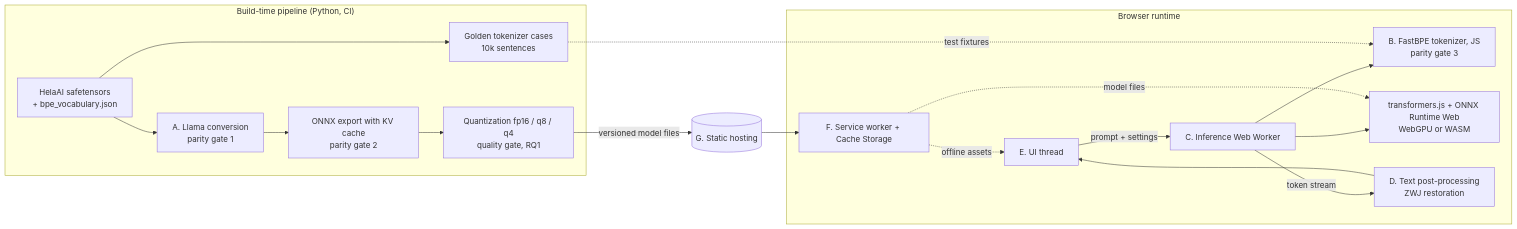
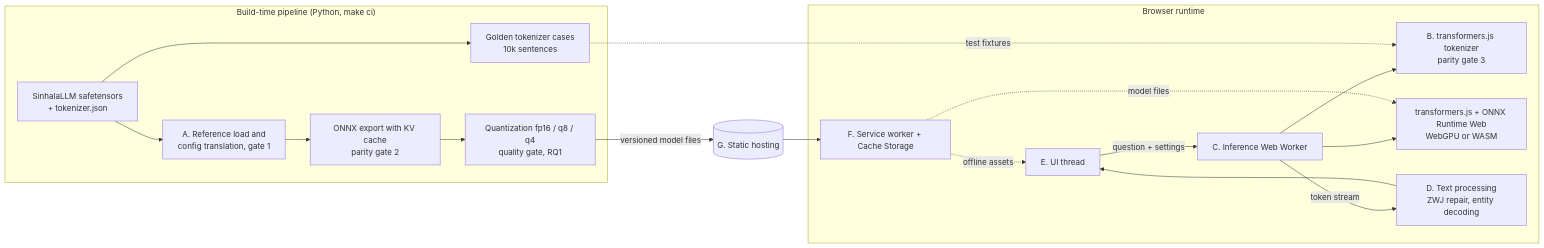
Before and after one commit to sinsankio/sinhalalm-offline: the first of 6 diagrams in docs/sinhalalm-browser-proposal.md, drawn with Mermaid. The commit also changed other lines of this file, not shown here.

First line of the commit message:
docs: Revise proposal for SinhalaLLM-1.7B

````diff
--- a/docs/sinhalalm-browser-proposal.md
+++ b/docs/sinhalalm-browser-proposal.md
@@ -118,21 +118,21 @@
 ```mermaid
 flowchart LR
-  subgraph Build["Build-time pipeline (Python, CI)"]
-    A["HelaAI safetensors<br/>+ bpe_vocabulary.json"] --> B["A. Llama conversion<br/>parity gate 1"]
+  subgraph Build["Build-time pipeline (Python, make ci)"]
+    A["SinhalaLLM safetensors<br/>+ tokenizer.json"] --> B["A. Reference load and<br/>config translation, gate 1"]
     B --> C["ONNX export with KV cache<br/>parity gate 2"]
     C --> D["Quantization fp16 / q8 / q4<br/>quality gate, RQ1"]
     A --> E["Golden tokenizer cases<br/>10k sentences"]
   end
   subgraph Runtime["Browser runtime"]
-    F["E. UI thread"] -->|"prompt + settings"| G["C. Inference Web Worker"]
-    G --> H["B. FastBPE tokenizer, JS<br/>parity gate 3"]
+    F["E. UI thread"] -->|"question + settings"| G["C. Inference Web Worker"]
+    G --> H["B. transformers.js tokenizer<br/>parity gate 3"]
     G --> I["transformers.js + ONNX Runtime Web<br/>WebGPU or WASM"]
-    G -->|"token stream"| J["D. Text post-processing<br/>ZWJ restoration"]
+    G -->|"token stream"| J["D. Text processing<br/>ZWJ repair, entity decoding"]
     J --> F
     K["F. Service worker + Cache Storage"] -.->|"offline assets"| F
     K -.->|"model files"| I
   end
   D -->|"versioned model files"| L[("G. Static hosting")]
   E -.->|"test fixtures"| H
   L --> K
 ```
````
